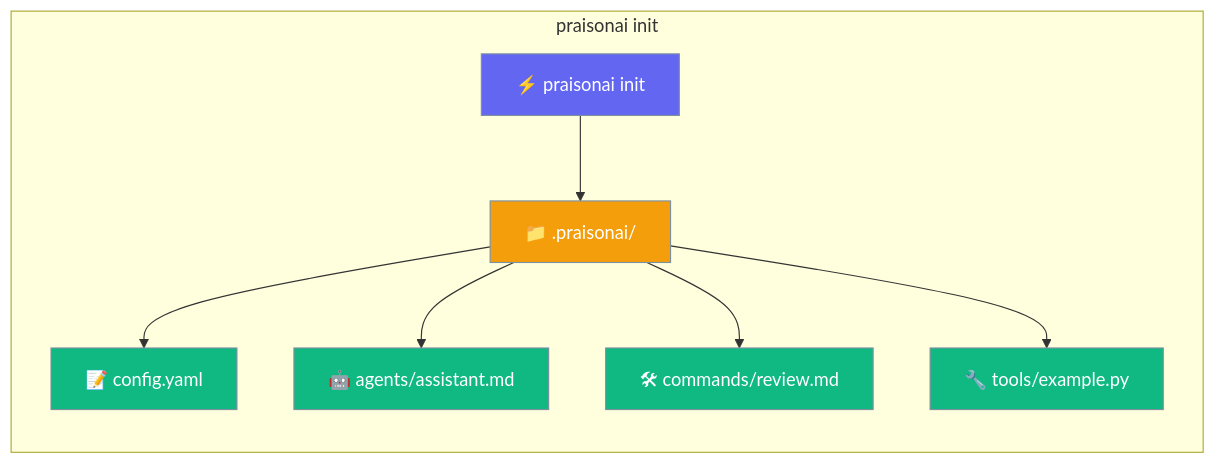
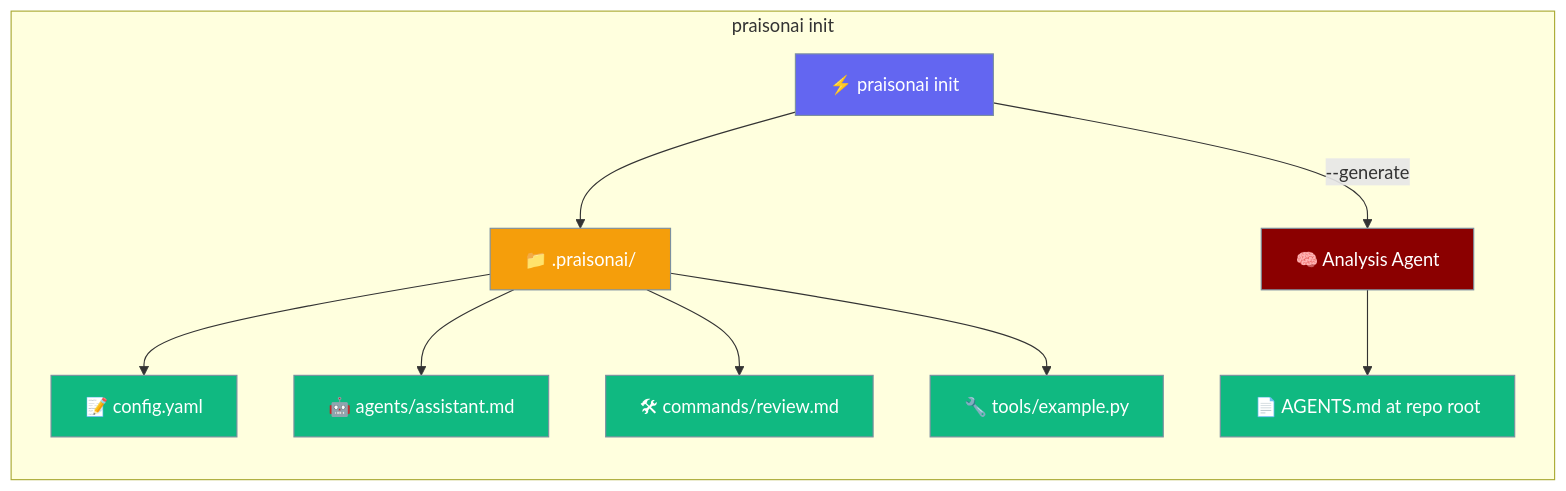
The first of 4 diagrams in docs/cli/init.mdx (MervinPraison/PraisonAIDocs), drawn with Mermaid before and after one commit. The commit also changed other lines of this file and 1 other file, not shown here.

Commit message:
docs: document praisonai init --generate for repo-tailored AGENTS.md (fixes #2344)

````diff
--- a/docs/cli/init.mdx
+++ b/docs/cli/init.mdx
@@ -10,18 +10,22 @@
 ```mermaid
 graph LR
     subgraph "praisonai init"
         I[⚡ praisonai init] --> S[📁 .praisonai/]
         S --> C[📝 config.yaml]
         S --> A[🤖 agents/assistant.md]
         S --> CMD[🛠 commands/review.md]
         S --> TL[🔧 tools/example.py]
+        I -->|--generate| AG[🧠 Analysis Agent]
+        AG --> MD[📄 AGENTS.md at repo root]
     end
 
     classDef cmd fill:#6366F1,stroke:#7C90A0,color:#fff
     classDef dir fill:#F59E0B,stroke:#7C90A0,color:#fff
     classDef file fill:#10B981,stroke:#7C90A0,color:#fff
+    classDef agent fill:#8B0000,stroke:#7C90A0,color:#fff
 
     class I cmd
     class S dir
-    class C,A,CMD,TL file
+    class C,A,CMD,TL,MD file
+    class AG agent
 ```
````
